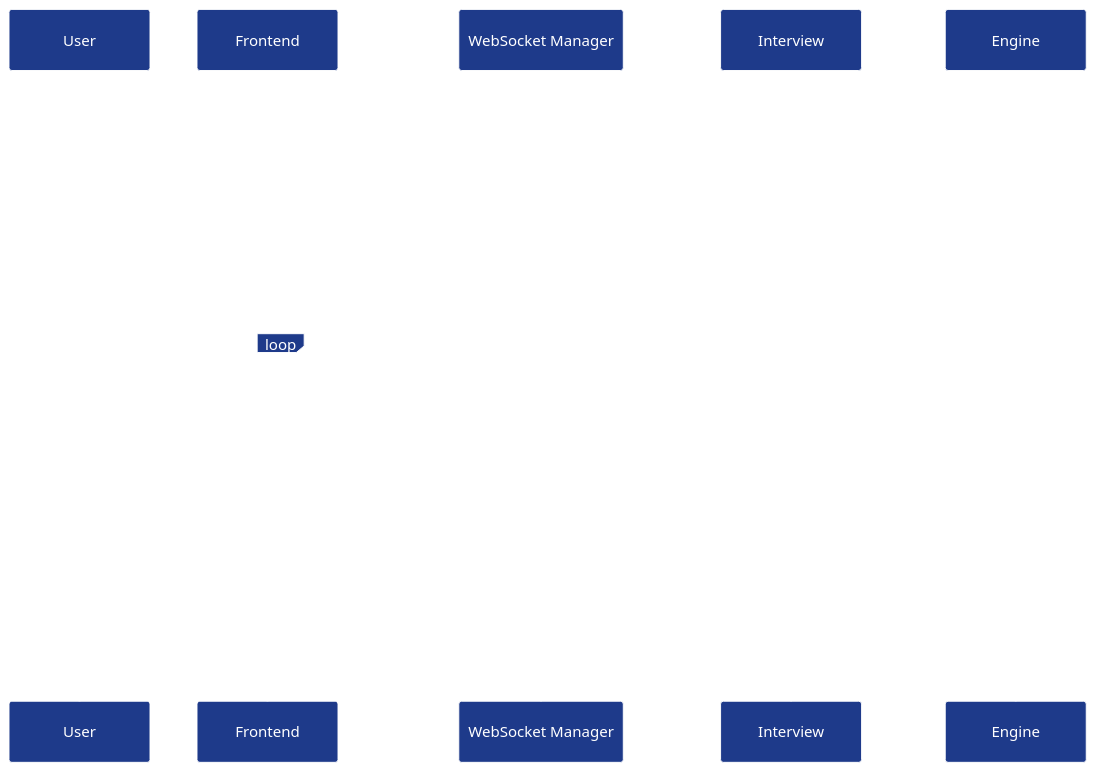
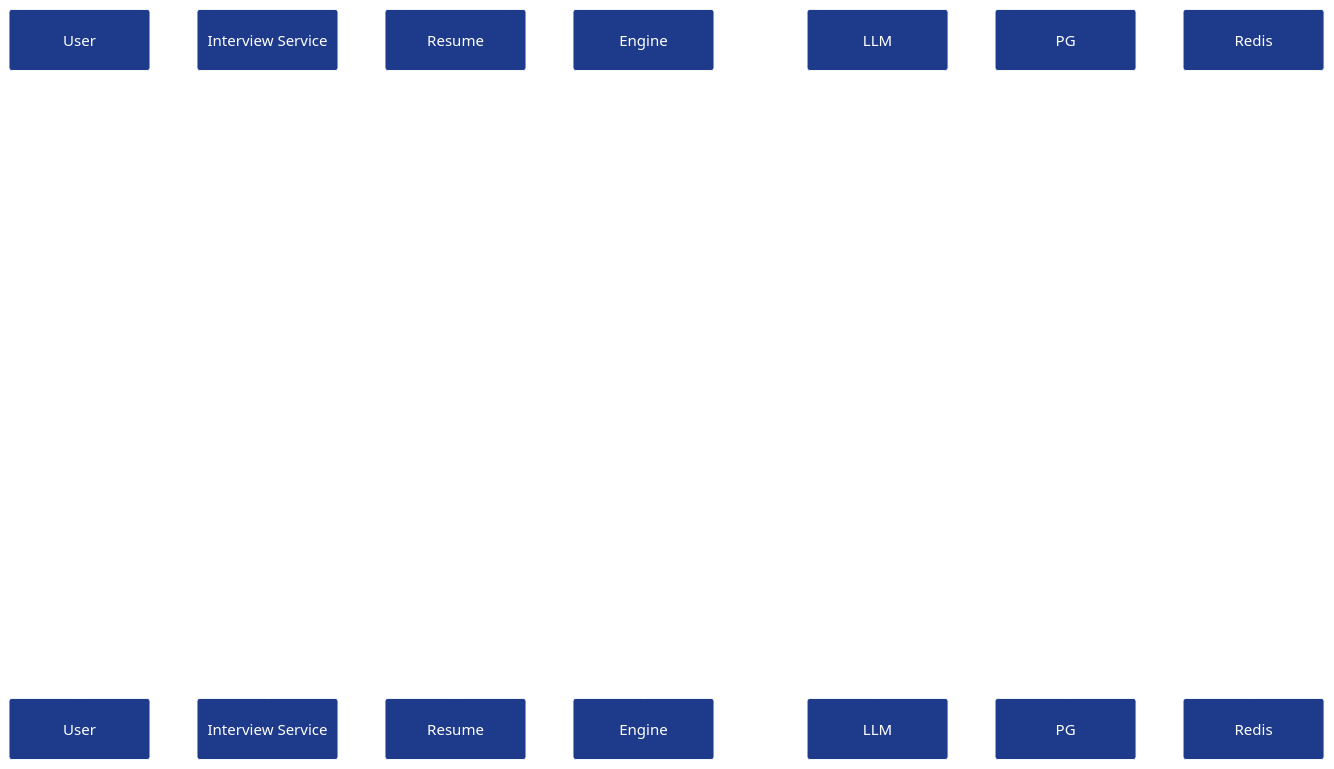
The second of 4 diagrams in docs/tech-spec/02_architecture.md (Veeru123456778/ai-interview-service), drawn with Mermaid before and after one commit. The commit also changed other lines of this file, not shown here.

Commit message:
fixes the architecture of the agent

````diff
--- a/docs/tech-spec/02_architecture.md
+++ b/docs/tech-spec/02_architecture.md
@@ -356,51 +113,41 @@
 ```mermaid
-%%{init: {
+%%{init:{
   "theme":"base",
   "themeVariables":{
     "background":"#0F172A",
     "primaryColor":"#1E3A8A",
     "primaryTextColor":"#FFFFFF",
     "primaryBorderColor":"#FFFFFF",
-    "lineColor":"#FFFFFF",
     "secondaryColor":"#2563EB",
     "secondaryTextColor":"#FFFFFF",
     "tertiaryColor":"#1E293B",
+    "lineColor":"#FFFFFF",
     "fontFamily":"Inter",
     "edgeLabelBackground":"#0F172A"
   }
 }}%%
 
 sequenceDiagram
 
     participant User
-    participant Frontend
-    participant WS as WebSocket Manager
-    participant Interview
+    participant API as Interview Service
+    participant Resume
     participant Engine
+    participant LLM
+    participant PG
+    participant Redis
 
-    User->>Frontend: Start Interview
+    User->>API: Upload Resume
+    API->>Resume: Process Resume
+    Resume->>LLM: Parse Resume
+    LLM-->>Resume: Structured Resume JSON
+    Resume->>PG: Store Resume Intelligence
 
-    Frontend->>WS: Connect WebSocket (JWT)
-
-    WS->>Interview: Validate Interview Session
-
-    Interview-->>WS: Session Ready
-
-    WS-->>Frontend: Connection Established
-
-    loop Interview Conversation
-
-        Frontend->>WS: Candidate Answer
-
-        WS->>Interview: Forward Message
-
-        Interview->>Engine: Generate Next Action
-
-        Engine-->>Interview: Response + Evaluation
-
-        Interview->>WS: AI Response
-
-        WS-->>Frontend: Stream Interviewer Response
-
-    end
+    User->>API: Start Interview
+    API->>Engine: Initialize Session
+    Engine->>Redis: Create Runtime State
+    Engine->>PG: Load Resume Intelligence
+    Engine->>LLM: Generate First Question
+    LLM-->>Engine: Question
+    Engine-->>User: Send Question
 ```
````
